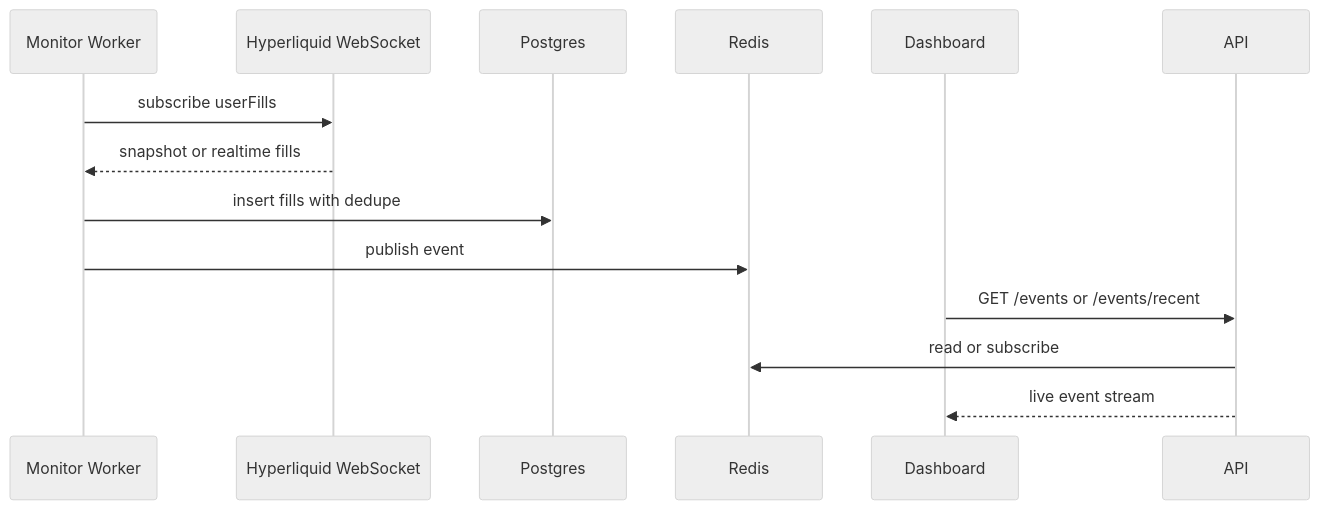
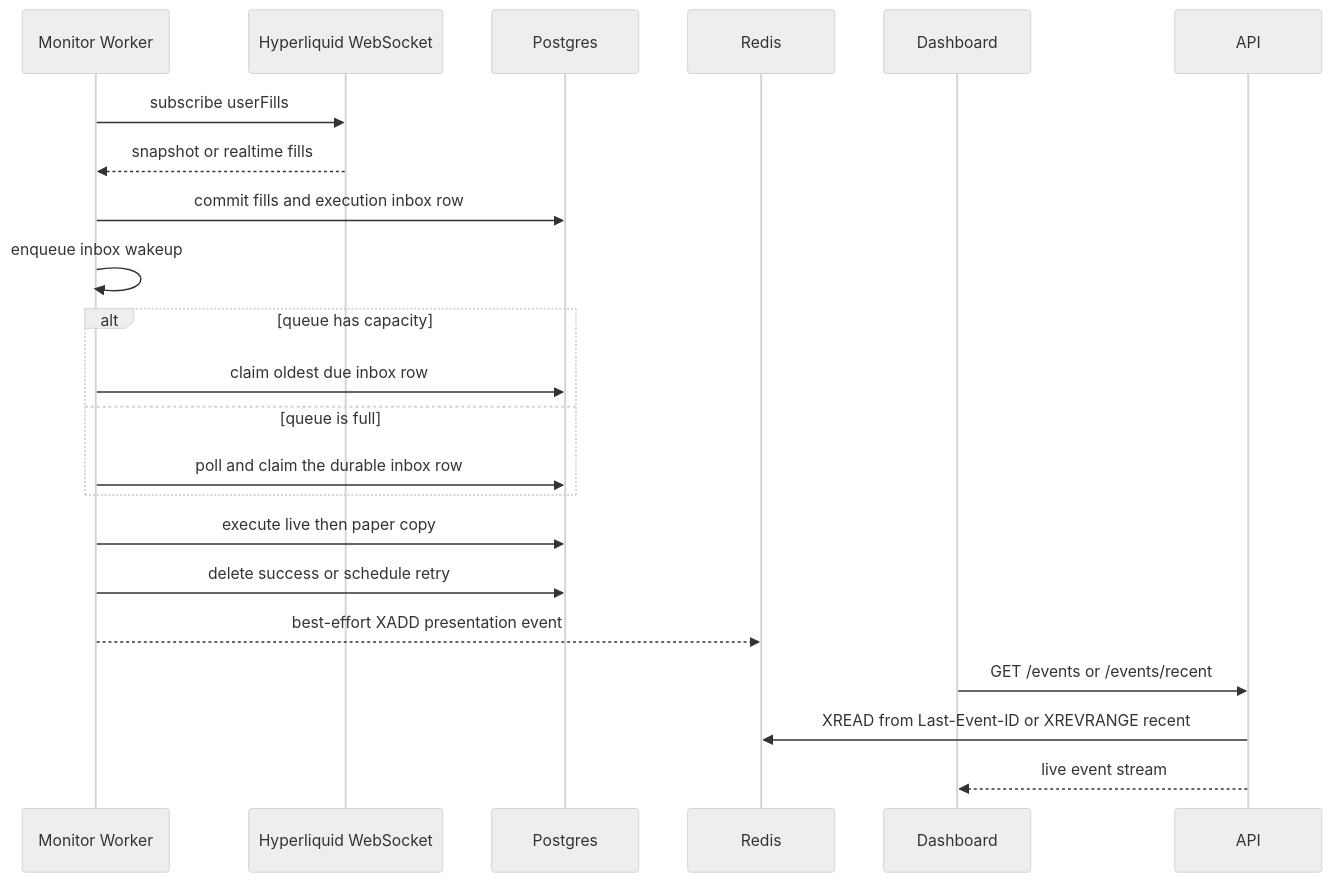
One commit to DrottPoker/copytrading-agent changed the ninth of 10 diagrams in docs/architecture.md. Above: the diagram before and after it, drawn with Mermaid (neutral theme). The commit also changed other lines of this file and 91 other files, not shown here.

````diff
--- a/docs/architecture.md
+++ b/docs/architecture.md
@@ -583,16 +666,24 @@
 ```mermaid
 sequenceDiagram
   participant Worker as Monitor Worker
   participant WS as Hyperliquid WebSocket
   participant DB as Postgres
   participant Redis as Redis
   participant UI as Dashboard
 
   Worker->>WS: subscribe userFills
   WS-->>Worker: snapshot or realtime fills
-  Worker->>DB: insert fills with dedupe
-  Worker->>Redis: publish event
+  Worker->>DB: commit fills and execution inbox row
+  Worker->>Worker: enqueue inbox wakeup
+  alt queue has capacity
+    Worker->>DB: claim oldest due inbox row
+  else queue is full
+    Worker->>DB: poll and claim the durable inbox row
+  end
+  Worker->>DB: execute live then paper copy
+  Worker->>DB: delete success or schedule retry
+  Worker-->>Redis: best-effort XADD presentation event
   UI->>API: GET /events or /events/recent
-  API->>Redis: read or subscribe
+  API->>Redis: XREAD from Last-Event-ID or XREVRANGE recent
   API-->>UI: live event stream
 ```
````
